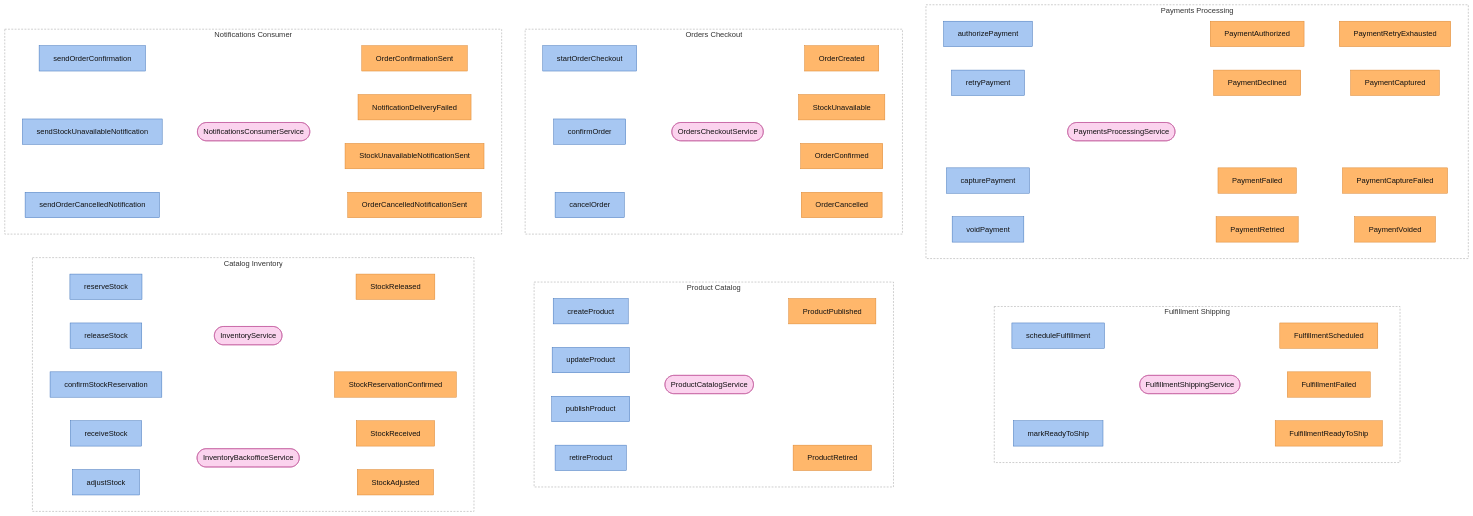
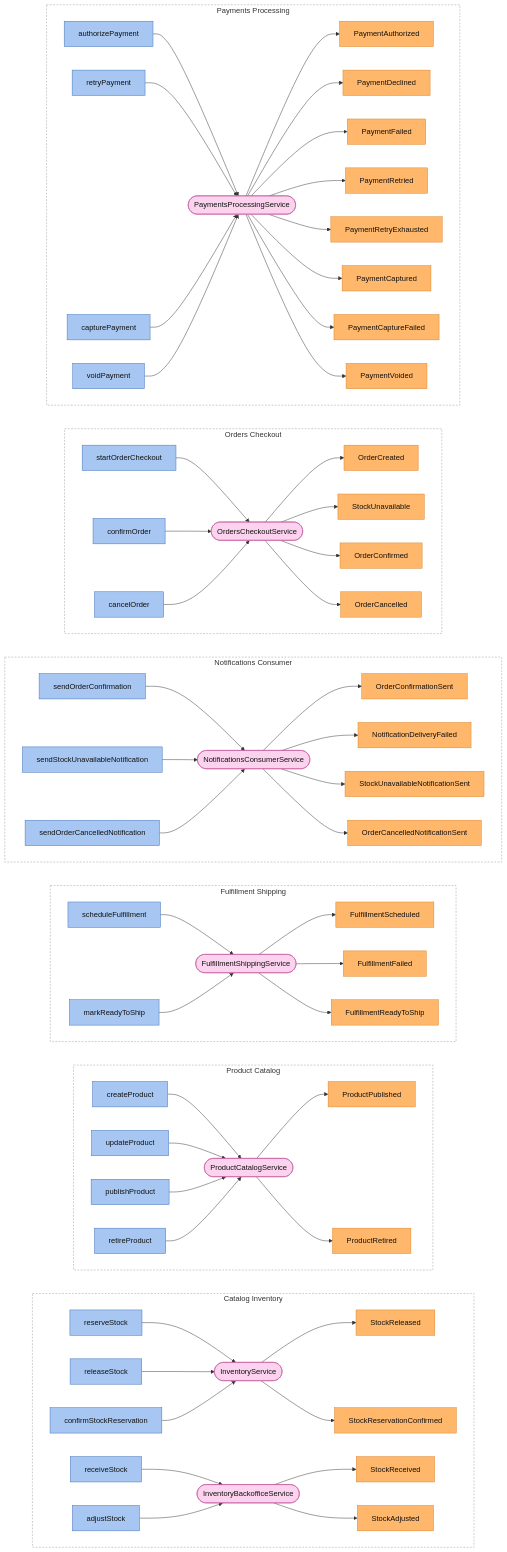
Before and after one commit to ZenWave360/dsl-kotlin: the first of 2 diagrams in dsl-docs/src/commonTest/resources/snapshots/arcadia-modulith/architecture.md, drawn with Mermaid. The commit also changed other lines of this file and 6 other files, not shown here.

Commit message:
feat(views,docs): overview with command-service-event arrows, architecture sections reordered, ZFL happy paths on architecture page

````diff
--- a/dsl-docs/src/commonTest/resources/snapshots/arcadia-modulith/architecture.md
+++ b/dsl-docs/src/commonTest/resources/snapshots/arcadia-modulith/architecture.md
@@ -17,132 +17,82 @@
 ```mermaid
 flowchart LR
   classDef command fill:#a7c7f2,stroke:#3b6fb6,color:#111
+  classDef service fill:#fbd3ee,stroke:#c2569b,color:#111
   classDef event fill:#ffb76b,stroke:#d9822b,color:#111
-  classDef service fill:#fbd3ee,stroke:#c2569b,color:#111
   subgraph sg_CatalogInventory["Catalog Inventory"]
     direction LR
-    CatalogInventory__c_InventoryService_reserveStock["reserveStock"]
-    CatalogInventory__c_InventoryService_releaseStock["releaseStock"]
-    CatalogInventory__c_InventoryService_confirmStockReservation["confirmStockReservation"]
-    CatalogInventory__e_StockReleased["StockReleased"]
-    CatalogInventory__e_StockReservationConfirmed["StockReservationConfirmed"]
-    CatalogInventory__s_InventoryService(["InventoryService"])
-    CatalogInventory__c_InventoryBackofficeService_receiveStock["receiveStock"]
-    CatalogInventory__c_InventoryBackofficeService_adjustStock["adjustStock"]
-    CatalogInventory__e_StockReceived["StockReceived"]
-    CatalogInventory__e_StockAdjusted["StockAdjusted"]
-    CatalogInventory__s_InventoryBackofficeService(["InventoryBackofficeService"])
+    CatalogInventory_reserveStock["reserveStock"] --> CatalogInventory_InventoryService
+    CatalogInventory_releaseStock["releaseStock"] --> CatalogInventory_InventoryService
+    CatalogInventory_confirmStockReservation["confirmStockReservation"] --> CatalogInventory_InventoryService
+    CatalogInventory_InventoryService(["InventoryService"])
+    CatalogInventory_InventoryService --> CatalogInventory_StockReleased["StockReleased"]
+    CatalogInventory_InventoryService --> CatalogInventory_StockReservationConfirmed["StockReservationConfirmed"]
+    CatalogInventory_receiveStock["receiveStock"] --> CatalogInventory_InventoryBackofficeService
+    CatalogInventory_adjustStock["adjustStock"] --> CatalogInventory_InventoryBackofficeService
+    CatalogInventory_InventoryBackofficeService(["InventoryBackofficeService"])
+    CatalogInventory_InventoryBackofficeService --> CatalogInventory_StockReceived["StockReceived"]
+    CatalogInventory_InventoryBackofficeService --> CatalogInventory_StockAdjusted["StockAdjusted"]
   end
   subgraph sg_CatalogProducts["Product Catalog"]
     direction LR
-    CatalogProducts__c_ProductCatalogService_createProduct["createProduct"]
-    CatalogProducts__c_ProductCatalogService_updateProduct["updateProduct"]
-    CatalogProducts__c_ProductCatalogService_publishProduct["publishProduct"]
-    CatalogProducts__c_ProductCatalogService_retireProduct["retireProduct"]
-    CatalogProducts__e_ProductPublished["ProductPublished"]
-    CatalogProducts__e_ProductRetired["ProductRetired"]
-    CatalogProducts__s_ProductCatalogService(["ProductCatalogService"])
+    CatalogProducts_createProduct["createProduct"] --> CatalogProducts_ProductCatalogService
+    CatalogProducts_updateProduct["updateProduct"] --> CatalogProducts_ProductCatalogService
+    CatalogProducts_publishProduct["publishProduct"] --> CatalogProducts_ProductCatalogService
+    CatalogProducts_retireProduct["retireProduct"] --> CatalogProducts_ProductCatalogService
+    CatalogProducts_ProductCatalogService(["ProductCatalogService"])
+    CatalogProducts_ProductCatalogService --> CatalogProducts_ProductPublished["ProductPublished"]
+    CatalogProducts_ProductCatalogService --> CatalogProducts_ProductRetired["ProductRetired"]
   end
   subgraph sg_FulfillmentShipping["Fulfillment Shipping"]
     direction LR
-    FulfillmentShipping__c_FulfillmentShippingService_scheduleFulfillment["scheduleFulfillment"]
-    FulfillmentShipping__c_FulfillmentShippingService_markReadyToShip["markReadyToShip"]
-    FulfillmentShipping__e_FulfillmentScheduled["FulfillmentScheduled"]
-    FulfillmentShipping__e_FulfillmentFailed["FulfillmentFailed"]
-    FulfillmentShipping__e_FulfillmentReadyToShip["FulfillmentReadyToShip"]
-    FulfillmentShipping__s_FulfillmentShippingService(["FulfillmentShippingService"])
+    FulfillmentShipping_scheduleFulfillment["scheduleFulfillment"] --> FulfillmentShipping_FulfillmentShippingService
+    FulfillmentShipping_markReadyToShip["markReadyToShip"] --> FulfillmentShipping_FulfillmentShippingService
+    FulfillmentShipping_FulfillmentShippingService(["FulfillmentShippingService"])
+    FulfillmentShipping_FulfillmentShippingService --> FulfillmentShipping_FulfillmentScheduled["FulfillmentScheduled"]
+    FulfillmentShipping_FulfillmentShippingService --> FulfillmentShipping_FulfillmentFailed["FulfillmentFailed"]
+    FulfillmentShipping_FulfillmentShippingService --> FulfillmentShipping_FulfillmentReadyToShip["FulfillmentReadyToShip"]
   end
   subgraph sg_NotificationsConsumer["Notifications Consumer"]
     direction LR
-    NotificationsConsumer__c_NotificationsConsumerService_sendOrderConfirmation["sendOrderConfirmation"]
-    NotificationsConsumer__c_NotificationsConsumerService_sendStockUnavailableNotification["sendStockUnavailableNotification"]
-    NotificationsConsumer__c_NotificationsConsumerService_sendOrderCancelledNotification["sendOrderCancelledNotification"]
-    NotificationsConsumer__e_OrderConfirmationSent["OrderConfirmationSent"]
-    NotificationsConsumer__e_NotificationDeliveryFailed["NotificationDeliveryFailed"]
-    NotificationsConsumer__e_StockUnavailableNotificationSent["StockUnavailableNotificationSent"]
-    NotificationsConsumer__e_OrderCancelledNotificationSent["OrderCancelledNotificationSent"]
-    NotificationsConsumer__s_NotificationsConsumerService(["NotificationsConsumerService"])
+    NotificationsConsumer_sendOrderConfirmation["sendOrderConfirmation"] --> NotificationsConsumer_NotificationsConsumerService
+    NotificationsConsumer_sendStockUnavailableNotification["sendStockUnavailableNotification"] --> NotificationsConsumer_NotificationsConsumerService
+    NotificationsConsumer_sendOrderCancelledNotification["sendOrderCancelledNotification"] --> NotificationsConsumer_NotificationsConsumerService
+    NotificationsConsumer_NotificationsConsumerService(["NotificationsConsumerService"])
+    NotificationsConsumer_NotificationsConsumerService --> NotificationsConsumer_OrderConfirmationSent["OrderConfirmationSent"]
+    NotificationsConsumer_NotificationsConsumerService --> NotificationsConsumer_NotificationDeliveryFailed["NotificationDeliveryFailed"]
+    NotificationsConsumer_NotificationsConsumerService --> NotificationsConsumer_StockUnavailableNotificationSent["StockUnavailableNotificationSent"]
+    NotificationsConsumer_NotificationsConsumerService --> NotificationsConsumer_OrderCancelledNotificationSent["OrderCancelledNotificationSent"]
   end
   subgraph sg_OrdersCheckout["Orders Checkout"]
     direction LR
-    OrdersCheckout__c_OrdersCheckoutService_startOrderCheckout["startOrderCheckout"]
-    OrdersCheckout__c_OrdersCheckoutService_confirmOrder["confirmOrder"]
-    OrdersCheckout__c_OrdersCheckoutService_cancelOrder["cancelOrder"]
-    OrdersCheckout__e_OrderCreated["OrderCreated"]
-    OrdersCheckout__e_StockUnavailable["StockUnavailable"]
-    OrdersCheckout__e_OrderConfirmed["OrderConfirmed"]
-    OrdersCheckout__e_OrderCancelled["OrderCancelled"]
-    OrdersCheckout__s_OrdersCheckoutService(["OrdersCheckoutService"])
+    OrdersCheckout_startOrderCheckout["startOrderCheckout"] --> OrdersCheckout_OrdersCheckoutService
+    OrdersCheckout_confirmOrder["confirmOrder"] --> OrdersCheckout_OrdersCheckoutService
+    OrdersCheckout_cancelOrder["cancelOrder"] --> OrdersCheckout_OrdersCheckoutService
+    OrdersCheckout_OrdersCheckoutService(["OrdersCheckoutService"])
+    OrdersCheckout_OrdersCheckoutService --> OrdersCheckout_OrderCreated["OrderCreated"]
+    OrdersCheckout_OrdersCheckoutService --> OrdersCheckout_StockUnavailable["StockUnavailable"]
+    OrdersCheckout_OrdersCheckoutService --> OrdersCheckout_OrderConfirmed["OrderConfirmed"]
+    OrdersCheckout_OrdersCheckoutService --> OrdersCheckout_OrderCancelled["OrderCancelled"]
   end
   subgraph sg_PaymentsProcessing["Payments Processing"]
     direction LR
-    PaymentsProcessing__c_PaymentsProcessingService_authorizePayment["authorizePayment"]
-    PaymentsProcessing__c_PaymentsProcessingService_retryPayment["retryPayment"]
-    PaymentsProcessing__c_PaymentsProcessingService_capturePayment["capturePayment"]
-    PaymentsProcessing__c_PaymentsProcessingService_voidPayment["voidPayment"]
-    PaymentsProcessing__e_PaymentAuthorized["PaymentAuthorized"]
-    PaymentsProcessing__e_PaymentDeclined["PaymentDeclined"]
-    PaymentsProcessing__e_PaymentFailed["PaymentFailed"]
-    PaymentsProcessing__e_PaymentRetried["PaymentRetried"]
-    PaymentsProcessing__e_PaymentRetryExhausted["PaymentRetryExhausted"]
-    PaymentsProcessing__e_PaymentCaptured["PaymentCaptured"]
-    PaymentsProcessing__e_PaymentCaptureFailed["PaymentCaptureFailed"]
-    PaymentsProcessing__e_PaymentVoided["PaymentVoided"]
-    PaymentsProcessing__s_PaymentsProcessingService(["PaymentsProcessingService"])
+    PaymentsProcessing_authorizePayment["authorizePayment"] --> PaymentsProcessing_PaymentsProcessingService
+    PaymentsProcessing_retryPayment["retryPayment"] --> PaymentsProcessing_PaymentsProcessingService
+    PaymentsProcessing_capturePayment["capturePayment"] --> PaymentsProcessing_PaymentsProcessingService
+    PaymentsProcessing_voidPayment["voidPayment"] --> PaymentsProcessing_PaymentsProcessingService
+    PaymentsProcessing_PaymentsProcessingService(["PaymentsProcessingService"])
+    PaymentsProcessing_PaymentsProcessingService --> PaymentsProcessing_PaymentAuthorized["PaymentAuthorized"]
+    PaymentsProcessing_PaymentsProcessingService --> PaymentsProcessing_PaymentDeclined["PaymentDeclined"]
+    PaymentsProcessing_PaymentsProcessingService --> PaymentsProcessing_PaymentFailed["PaymentFailed"]
+    PaymentsProcessing_PaymentsProcessingService --> PaymentsProcessing_PaymentRetried["PaymentRetried"]
+    PaymentsProcessing_PaymentsProcessingService --> PaymentsProcessing_PaymentRetryExhausted["PaymentRetryExhausted"]
+    PaymentsProcessing_PaymentsProcessingService --> PaymentsProcessing_PaymentCaptured["PaymentCaptured"]
+    PaymentsProcessing_PaymentsProcessingService --> PaymentsProcessing_PaymentCaptureFailed["PaymentCaptureFailed"]
+    PaymentsProcessing_PaymentsProcessingService --> PaymentsProcessing_PaymentVoided["PaymentVoided"]
   end
-  CatalogInventory__c_InventoryService_reserveStock ~~~ CatalogInventory__s_InventoryService
-  CatalogInventory__c_InventoryService_releaseStock ~~~ CatalogInventory__s_InventoryService
-  CatalogInventory__c_InventoryService_confirmStockReservation ~~~ CatalogInventory__s_InventoryService
-  CatalogInventory__s_InventoryService ~~~ CatalogInventory__e_StockReleased
-  CatalogInventory__s_InventoryService ~~~ CatalogInventory__e_StockReservationConfirmed
-  CatalogInventory__c_InventoryBackofficeService_receiveStock ~~~ CatalogInventory__s_InventoryBackofficeService
-  CatalogInventory__c_InventoryBackofficeService_adjustStock ~~~ CatalogInventory__s_InventoryBackofficeService
-  CatalogInventory__s_InventoryBackofficeService ~~~ CatalogInventory__e_StockReceived
-  CatalogInventory__s_InventoryBackofficeService ~~~ CatalogInventory__e_StockAdjusted
-  CatalogProducts__c_ProductCatalogService_createProduct ~~~ CatalogProducts__s_ProductCatalogService
-  CatalogProducts__c_ProductCatalogService_updateProduct ~~~ CatalogProducts__s_ProductCatalogService
-  CatalogProducts__c_ProductCatalogService_publishProduct ~~~ CatalogProducts__s_ProductCatalogService
-  CatalogProducts__c_ProductCatalogService_retireProduct ~~~ CatalogProducts__s_ProductCatalogService
-  CatalogProducts__s_ProductCatalogService ~~~ CatalogProducts__e_ProductPublished
-  CatalogProducts__s_ProductCatalogService ~~~ CatalogProducts__e_ProductRetired
-  FulfillmentShipping__c_FulfillmentShippingService_scheduleFulfillment ~~~ FulfillmentShipping__s_FulfillmentShippingService
-  FulfillmentShipping__c_FulfillmentShippingService_markReadyToShip ~~~ FulfillmentShipping__s_FulfillmentShippingService
-  FulfillmentShipping__s_FulfillmentShippingService ~~~ FulfillmentShipping__e_FulfillmentScheduled
-  FulfillmentShipping__s_FulfillmentShippingService ~~~ FulfillmentShipping__e_FulfillmentFailed
-  FulfillmentShipping__s_FulfillmentShippingService ~~~ FulfillmentShipping__e_FulfillmentReadyToShip
-  NotificationsConsumer__c_NotificationsConsumerService_sendOrderConfirmation ~~~ NotificationsConsumer__s_NotificationsConsumerService
-  NotificationsConsumer__c_NotificationsConsumerService_sendStockUnavailableNotification ~~~ NotificationsConsumer__s_NotificationsConsumerService
-  NotificationsConsumer__c_NotificationsConsumerService_sendOrderCancelledNotification ~~~ NotificationsConsumer__s_NotificationsConsumerService
-  NotificationsConsumer__s_NotificationsConsumerService ~~~ NotificationsConsumer__e_OrderConfirmationSent
-  NotificationsConsumer__s_NotificationsConsumerService ~~~ NotificationsConsumer__e_NotificationDeliveryFailed
-  NotificationsConsumer__s_NotificationsConsumerService ~~~ NotificationsConsumer__e_StockUnavailableNotificationSent
-  NotificationsConsumer__s_NotificationsConsumerService ~~~ NotificationsConsumer__e_OrderCancelledNotificationSent
-  OrdersCheckout__c_OrdersCheckoutService_startOrderCheckout ~~~ OrdersCheckout__s_OrdersCheckoutService
-  OrdersCheckout__c_OrdersCheckoutService_confirmOrder ~~~ OrdersCheckout__s_OrdersCheckoutService
-  OrdersCheckout__c_OrdersCheckoutService_cancelOrder ~~~ OrdersCheckout__s_OrdersCheckoutService
-  OrdersCheckout__s_OrdersCheckoutService ~~~ OrdersCheckout__e_OrderCreated
-  OrdersCheckout__s_OrdersCheckoutService ~~~ OrdersCheckout__e_StockUnavailable
-  OrdersCheckout__s_OrdersCheckoutService ~~~ OrdersCheckout__e_OrderConfirmed
-  OrdersCheckout__s_OrdersCheckoutService ~~~ OrdersCheckout__e_OrderCancelled
-  PaymentsProcessing__c_PaymentsProcessingService_authorizePayment ~~~ PaymentsProcessing__s_PaymentsProcessingService
-  PaymentsProcessing__c_PaymentsProcessingService_retryPayment ~~~ PaymentsProcessing__s_PaymentsProcessingService
-  PaymentsProcessing__c_PaymentsProcessingService_capturePayment ~~~ PaymentsProcessing__s_PaymentsProcessingService
-  PaymentsProcessing__c_PaymentsProcessingService_voidPayment ~~~ PaymentsProcessing__s_PaymentsProcessingService
-  PaymentsProcessing__s_PaymentsProcessingService ~~~ PaymentsProcessing__e_PaymentAuthorized
-  PaymentsProcessing__s_PaymentsProcessingService ~~~ PaymentsProcessing__e_PaymentDeclined
-  PaymentsProcessing__s_PaymentsProcessingService ~~~ PaymentsProcessing__e_PaymentFailed
-  PaymentsProcessing__s_PaymentsProcessingService ~~~ PaymentsProcessing__e_PaymentRetried
-  PaymentsProcessing__e_PaymentAuthorized ~~~ PaymentsProcessing__e_PaymentRetryExhausted
-  PaymentsProcessing__e_PaymentDeclined ~~~ PaymentsProcessing__e_PaymentCaptured
-  PaymentsProcessing__e_PaymentFailed ~~~ PaymentsProcessing__e_PaymentCaptureFailed
-  PaymentsProcessing__e_PaymentRetried ~~~ PaymentsProcessing__e_PaymentVoided
-  CatalogInventory__e_StockReceived ~~~ CatalogProducts__c_ProductCatalogService_createProduct
-  CatalogProducts__e_ProductPublished ~~~ FulfillmentShipping__c_FulfillmentShippingService_scheduleFulfillment
-  NotificationsConsumer__e_OrderConfirmationSent ~~~ OrdersCheckout__c_OrdersCheckoutService_startOrderCheckout
-  OrdersCheckout__e_OrderCreated ~~~ PaymentsProcessing__c_PaymentsProcessingService_authorizePayment
-  class CatalogInventory__c_InventoryService_reserveStock,CatalogInventory__c_InventoryService_releaseStock,CatalogInventory__c_InventoryService_confirmStockReservation,CatalogInventory__c_InventoryBackofficeService_receiveStock,CatalogInventory__c_InventoryBackofficeService_adjustStock,CatalogProducts__c_ProductCatalogService_createProduct,CatalogProducts__c_ProductCatalogService_updateProduct,CatalogProducts__c_ProductCatalogService_publishProduct,CatalogProducts__c_ProductCatalogService_retireProduct,FulfillmentShipping__c_FulfillmentShippingService_scheduleFulfillment,FulfillmentShipping__c_FulfillmentShippingService_markReadyToShip,NotificationsConsumer__c_NotificationsConsumerService_sendOrderConfirmation,NotificationsConsumer__c_NotificationsConsumerService_sendStockUnavailableNotification,NotificationsConsumer__c_NotificationsConsumerService_sendOrderCancelledNotification,OrdersCheckout__c_OrdersCheckoutService_startOrderCheckout,OrdersCheckout__c_OrdersCheckoutService_confirmOrder,OrdersCheckout__c_OrdersCheckoutService_cancelOrder,PaymentsProcessing__c_PaymentsProcessingService_authorizePayment,PaymentsProcessing__c_PaymentsProcessingService_retryPayment,PaymentsProcessing__c_PaymentsProcessingService_capturePayment,PaymentsProcessing__c_PaymentsProcessingService_voidPayment command
-  class CatalogInventory__s_InventoryService,CatalogInventory__s_InventoryBackofficeService,CatalogProducts__s_ProductCatalogService,FulfillmentShipping__s_FulfillmentShippingService,NotificationsConsumer__s_NotificationsConsumerService,OrdersCheckout__s_OrdersCheckoutService,PaymentsProcessing__s_PaymentsProcessingService service
-  class CatalogInventory__e_StockReleased,CatalogInventory__e_StockReservationConfirmed,CatalogInventory__e_StockReceived,CatalogInventory__e_StockAdjusted,CatalogProducts__e_ProductPublished,CatalogProducts__e_ProductRetired,FulfillmentShipping__e_FulfillmentScheduled,FulfillmentShipping__e_FulfillmentFailed,FulfillmentShipping__e_FulfillmentReadyToShip,NotificationsConsumer__e_OrderConfirmationSent,NotificationsConsumer__e_NotificationDeliveryFailed,NotificationsConsumer__e_StockUnavailableNotificationSent,NotificationsConsumer__e_OrderCancelledNotificationSent,OrdersCheckout__e_OrderCreated,OrdersCheckout__e_StockUnavailable,OrdersCheckout__e_OrderConfirmed,OrdersCheckout__e_OrderCancelled,PaymentsProcessing__e_PaymentAuthorized,PaymentsProcessing__e_PaymentDeclined,PaymentsProcessing__e_PaymentFailed,PaymentsProcessing__e_PaymentRetried,PaymentsProcessing__e_PaymentRetryExhausted,PaymentsProcessing__e_PaymentCaptured,PaymentsProcessing__e_PaymentCaptureFailed,PaymentsProcessing__e_PaymentVoided event
+  class CatalogInventory_reserveStock,CatalogInventory_releaseStock,CatalogInventory_confirmStockReservation,CatalogInventory_receiveStock,CatalogInventory_adjustStock,CatalogProducts_createProduct,CatalogProducts_updateProduct,CatalogProducts_publishProduct,CatalogProducts_retireProduct,FulfillmentShipping_scheduleFulfillment,FulfillmentShipping_markReadyToShip,NotificationsConsumer_sendOrderConfirmation,NotificationsConsumer_sendStockUnavailableNotification,NotificationsConsumer_sendOrderCancelledNotification,OrdersCheckout_startOrderCheckout,OrdersCheckout_confirmOrder,OrdersCheckout_cancelOrder,PaymentsProcessing_authorizePayment,PaymentsProcessing_retryPayment,PaymentsProcessing_capturePayment,PaymentsProcessing_voidPayment command
+  class CatalogInventory_InventoryService,CatalogInventory_InventoryBackofficeService,CatalogProducts_ProductCatalogService,FulfillmentShipping_FulfillmentShippingService,NotificationsConsumer_NotificationsConsumerService,OrdersCheckout_OrdersCheckoutService,PaymentsProcessing_PaymentsProcessingService service
+  class CatalogInventory_StockReleased,CatalogInventory_StockReservationConfirmed,CatalogInventory_StockReceived,CatalogInventory_StockAdjusted,CatalogProducts_ProductPublished,CatalogProducts_ProductRetired,FulfillmentShipping_FulfillmentScheduled,FulfillmentShipping_FulfillmentFailed,FulfillmentShipping_FulfillmentReadyToShip,NotificationsConsumer_OrderConfirmationSent,NotificationsConsumer_NotificationDeliveryFailed,NotificationsConsumer_StockUnavailableNotificationSent,NotificationsConsumer_OrderCancelledNotificationSent,OrdersCheckout_OrderCreated,OrdersCheckout_StockUnavailable,OrdersCheckout_OrderConfirmed,OrdersCheckout_OrderCancelled,PaymentsProcessing_PaymentAuthorized,PaymentsProcessing_PaymentDeclined,PaymentsProcessing_PaymentFailed,PaymentsProcessing_PaymentRetried,PaymentsProcessing_PaymentRetryExhausted,PaymentsProcessing_PaymentCaptured,PaymentsProcessing_PaymentCaptureFailed,PaymentsProcessing_PaymentVoided event
   style sg_CatalogInventory fill:#ffffff,stroke:#999999,stroke-dasharray:4 3,color:#333333
   style sg_CatalogProducts fill:#ffffff,stroke:#999999,stroke-dasharray:4 3,color:#333333
   style sg_FulfillmentShipping fill:#ffffff,stroke:#999999,stroke-dasharray:4 3,color:#333333
````
